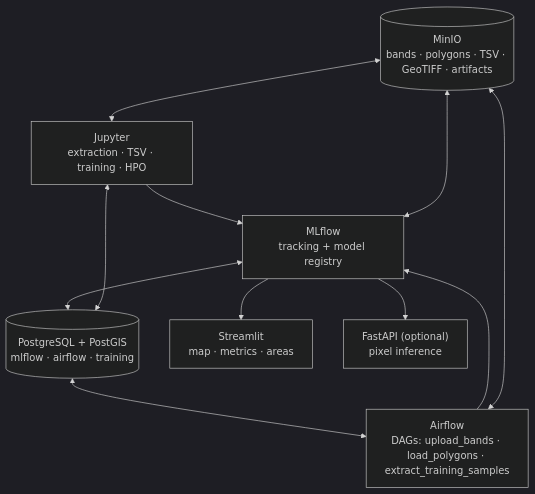
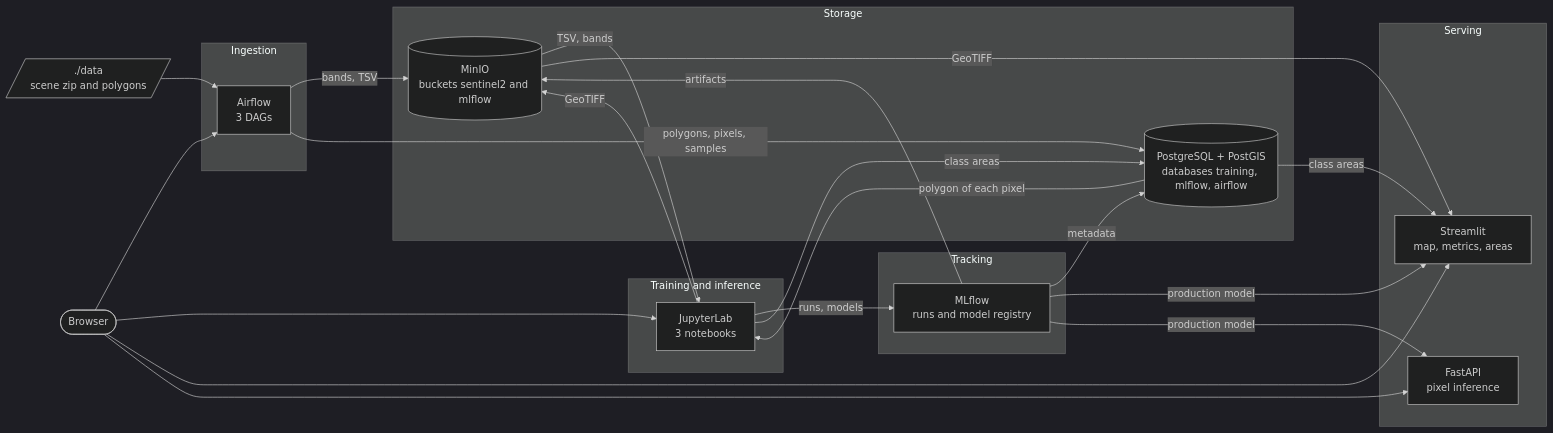
Before and after one commit to aristotekean/sentinel2-land-cover-classification: the first of 6 diagrams in README.md, drawn with Mermaid (dark theme). The commit also changed other lines of this file, not shown here.

First line of the commit message:
docs: rewrite the README with architecture diagrams and an end-to-end guide

````diff
--- a/README.md
+++ b/README.md
@@ -17,21 +19,46 @@
 ```mermaid
-flowchart TB
-    minio[("MinIO<br/>bands · polygons · TSV · GeoTIFF · artifacts")]
-    pg[("PostgreSQL + PostGIS<br/>mlflow · airflow · training")]
-    jupyter["Jupyter<br/>extraction · TSV · training · HPO"]
-    airflow["Airflow<br/>DAGs: upload_bands · load_polygons · extract_training_samples"]
-    mlflow["MLflow<br/>tracking + model registry"]
-    streamlit["Streamlit<br/>map · metrics · areas"]
-    api["FastAPI (optional)<br/>pixel inference"]
+flowchart LR
+    user(["Browser"])
+    files[/"./data<br/>scene zip and polygons"/]
 
-    minio <--> jupyter
-    pg <--> airflow
-    pg <--> jupyter
-    jupyter --> mlflow
-    airflow --> mlflow
-    airflow <--> minio
-    mlflow <--> pg
-    mlflow <--> minio
-    mlflow --> streamlit
-    mlflow --> api
+    subgraph orchestration["Ingestion"]
+        airflow["Airflow<br/>3 DAGs"]
+    end
+
+    subgraph workbench["Training and inference"]
+        jupyter["JupyterLab<br/>3 notebooks"]
+    end
+
+    subgraph tracking["Tracking"]
+        mlflow["MLflow<br/>runs and model registry"]
+    end
+
+    subgraph storage["Storage"]
+        minio[("MinIO<br/>buckets sentinel2 and mlflow")]
+        postgres[("PostgreSQL + PostGIS<br/>databases training, mlflow, airflow")]
+    end
+
+    subgraph serving["Serving"]
+        streamlit["Streamlit<br/>map, metrics, areas"]
+        api["FastAPI<br/>pixel inference"]
+    end
+
+    files --> airflow
+    airflow -->|"bands, TSV"| minio
+    airflow -->|"polygons, pixels, samples"| postgres
+    minio -->|"TSV, bands"| jupyter
+    postgres -->|"polygon of each pixel"| jupyter
+    jupyter -->|"runs, models"| mlflow
+    jupyter -->|"GeoTIFF"| minio
+    jupyter -->|"class areas"| postgres
+    mlflow -->|"metadata"| postgres
+    mlflow -->|"artifacts"| minio
+    mlflow -->|"production model"| streamlit
+    mlflow -->|"production model"| api
+    minio -->|"GeoTIFF"| streamlit
+    postgres -->|"class areas"| streamlit
+    user --> airflow
+    user --> jupyter
+    user --> streamlit
+    user --> api
 ```
````
